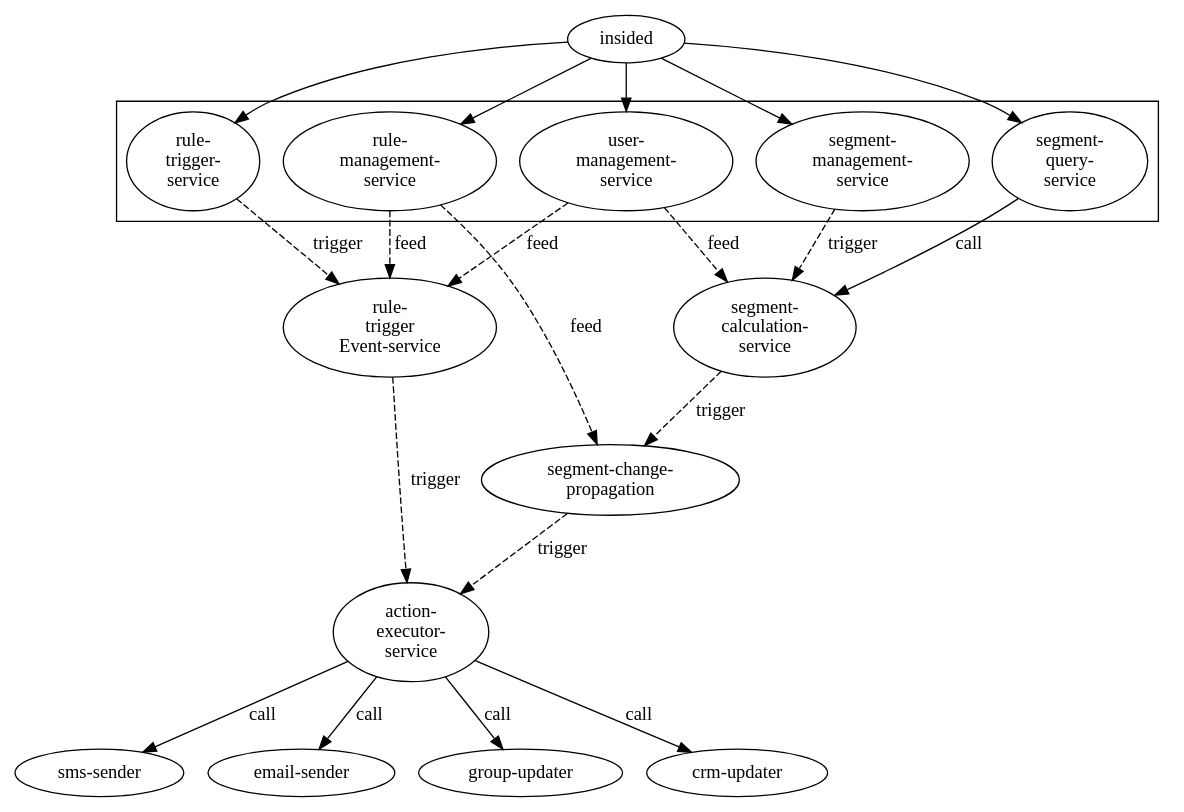
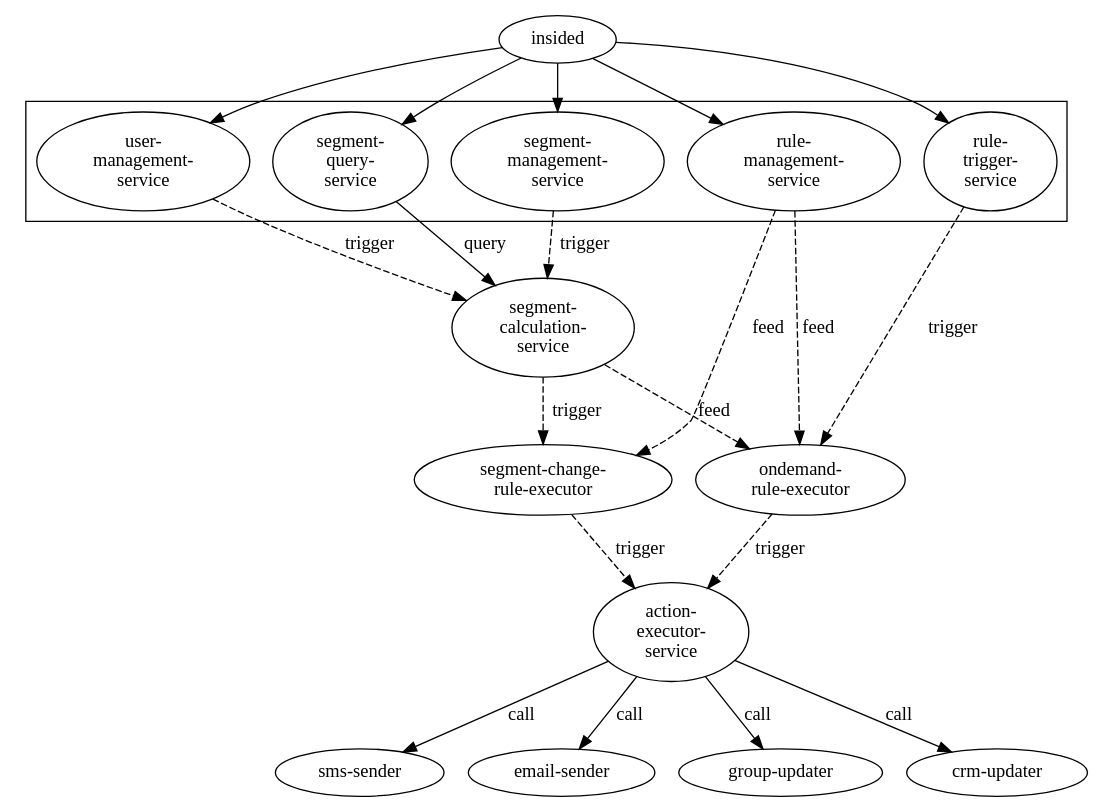
The diagram in doc/architecture.dot (MarcGrol/userautomation), drawn with Graphviz before and after one commit.

Commit message:
refined graphvioz architecture

```diff
--- a/doc/architecture.dot
+++ b/doc/architecture.dot
@@ -1,38 +1,38 @@
     digraph G {
     
       rankdir="TD"
       
       insided -> "rule-\ntrigger-\nservice"
       insided -> "rule-\nmanagement-\nservice"
       insided -> "user-\nmanagement-\nservice"
       insided -> "segment-\nmanagement-\nservice"
       insided -> "segment-\nquery-\nservice"
 
       subgraph cluster_Web {
           "rule-\ntrigger-\nservice"
           "rule-\nmanagement-\nservice"
           "user-\nmanagement-\nservice"
           "segment-\nmanagement-\nservice"
           "segment-\nquery-\nservice"
       }
 
-      "rule-\ntrigger-\nservice" -> "rule-\ntrigger\nEvent-service" [style=dashed, label=trigger]
+       "rule-\ntrigger-\nservice" -> "ondemand-\nrule-executor" [style=dashed, label=trigger]
       "segment-\nmanagement-\nservice" -> "segment-\ncalculation-\nservice" [style=dashed, label=trigger]
-      "segment-\nquery-\nservice" -> "segment-\ncalculation-\nservice" [label=call]
+      "segment-\nquery-\nservice" -> "segment-\ncalculation-\nservice" [label=query]
 
-      "rule-\nmanagement-\nservice" -> "rule-\ntrigger\nEvent-service" [style=dashed, label=feed]
+      "rule-\nmanagement-\nservice" -> "ondemand-\nrule-executor" [style=dashed, label=feed]
 
-      "user-\nmanagement-\nservice" -> "segment-\ncalculation-\nservice" [style=dashed, label=feed]
-      "user-\nmanagement-\nservice" -> "rule-\ntrigger\nEvent-service" [style=dashed, label=feed]
+      "user-\nmanagement-\nservice" -> "segment-\ncalculation-\nservice" [style=dashed, label=trigger]
+      "segment-\ncalculation-\nservice" -> "ondemand-\nrule-executor" [style=dashed, label=feed]
 
-      "segment-\ncalculation-\nservice" -> "segment-change-\npropagation"  [style=dashed, label=trigger]
-      "rule-\nmanagement-\nservice" -> "segment-change-\npropagation" [style=dashed, label=feed]
-      "segment-change-\npropagation" -> "action-\nexecutor-\nservice" [style=dashed, label=trigger]
+      "segment-\ncalculation-\nservice" -> "segment-change-\nrule-executor"  [style=dashed, label=trigger]
+      "rule-\nmanagement-\nservice" -> "segment-change-\nrule-executor" [style=dashed, label=feed]
+      "segment-change-\nrule-executor" -> "action-\nexecutor-\nservice" [style=dashed, label=trigger]
 
-      "rule-\ntrigger\nEvent-service" -> "action-\nexecutor-\nservice" [style=dashed, label=trigger]
+      "ondemand-\nrule-executor" -> "action-\nexecutor-\nservice" [style=dashed, label=trigger]
 
       "action-\nexecutor-\nservice" -> "sms-sender" [label=call]
       "action-\nexecutor-\nservice" -> "email-sender" [label=call]
       "action-\nexecutor-\nservice" -> "group-updater" [label=call]
       "action-\nexecutor-\nservice" -> "crm-updater" [label=call]
     }
```
